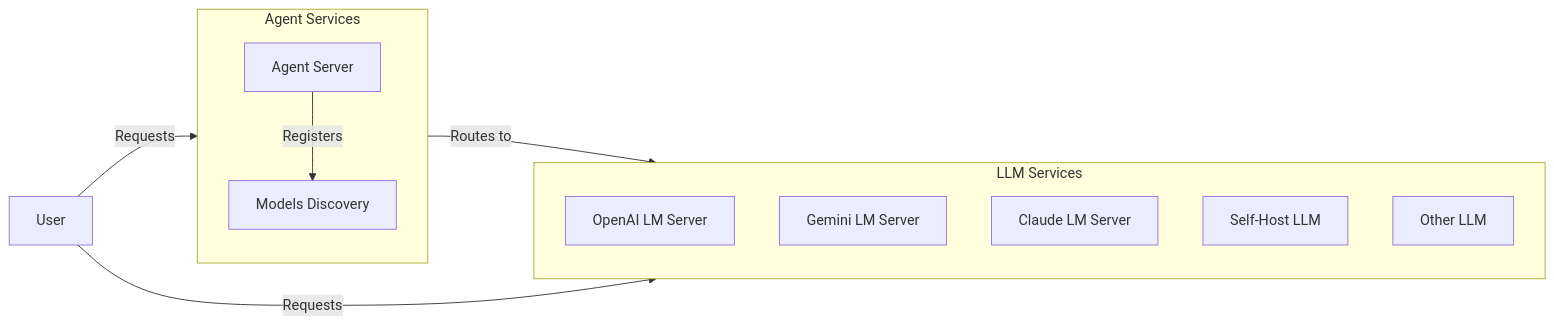
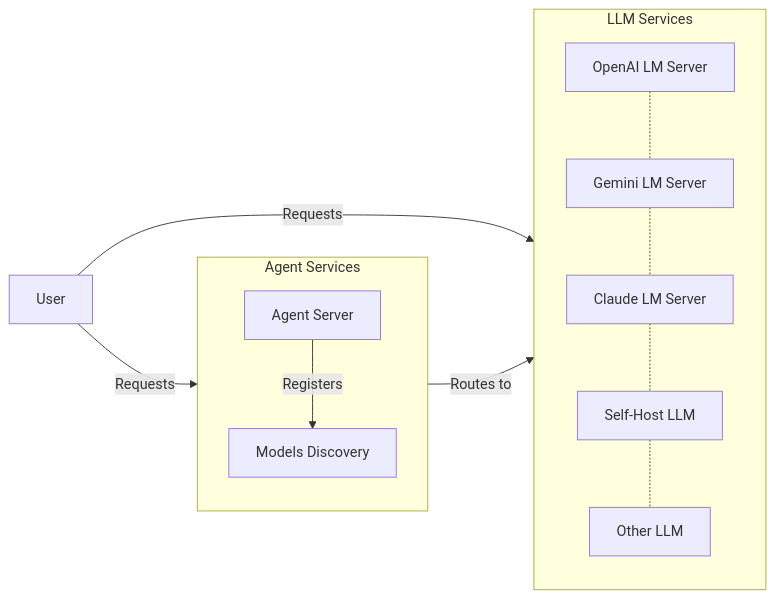
The diagram in README.md (dockhardman/languru), drawn with Mermaid before and after one commit.

Commit message:
Update sorted diagrams.

````diff
--- a/README.md
+++ b/README.md
@@ -22,20 +22,24 @@
 ```mermaid
 graph LR
     user[User]
     subgraph agent_services[Agent Services]
         agent[Agent Server]
         md[Models Discovery]
         agent -->|Registers| md
     end
     subgraph llm_services[LLM Services]
         direction TB
         OpenAI[OpenAI LM Server]
         Gemini[Gemini LM Server]
         Claude[Claude LM Server]
         SelfHost[Self-Host LLM]
         Other[Other LLM]
+        OpenAI -.- Gemini
+        Gemini -.- Claude
+        Claude -.- SelfHost
+        SelfHost -.- Other
     end
     user -->|Requests| agent_services
+    user --->|Requests| llm_services
     agent_services -->|Routes to| llm_services
-    user -->|Requests| llm_services
 ```
````
